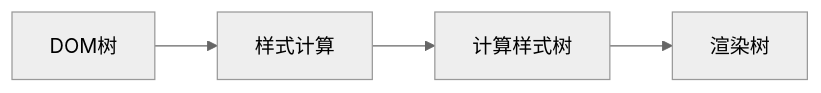
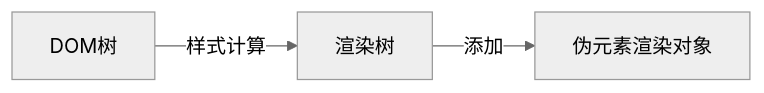
The ninth of 9 diagrams in posts/浏览器渲染原理（一）.md (jianhua1996/vitepress-blog), drawn with Mermaid (neutral theme) before and after one commit. The commit also changed other lines of this file, not shown here.

````diff
--- a/posts/浏览器渲染原理（一）.md
+++ b/posts/浏览器渲染原理（一）.md
@@ -400,6 +344,5 @@
 ```mermaid
-flowchart LR
-    D[DOM树] --> S[样式计算]
-    S --> C[计算样式树]
-    C --> R[渲染树]
+  flowchart LR
+  DOM树 --样式计算--> 渲染树
+  渲染树 --添加--> 伪元素渲染对象
 ```
````
